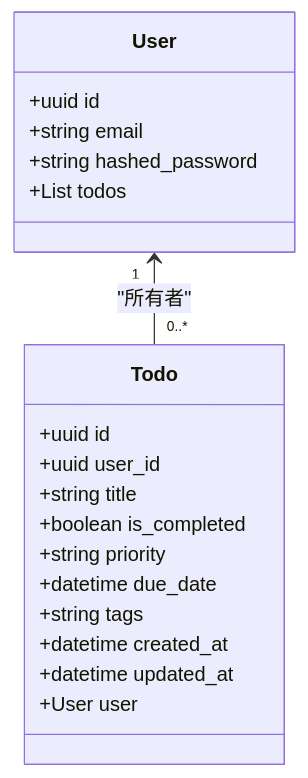
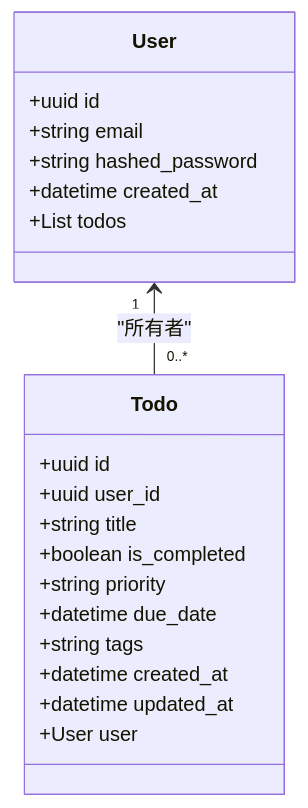
The fourth of 6 diagrams in .qoder/repowiki/ja/content/データベース設計/データベーススキーマ.md (ss8806/Todos), drawn with Mermaid before and after one commit. The commit also changed other lines of this file and 38 other files, not shown here.

````diff
--- a/.qoder/repowiki/ja/content/データベース設計/データベーススキーマ.md
+++ b/.qoder/repowiki/ja/content/データベース設計/データベーススキーマ.md
@@ -185,22 +190,23 @@
 ```mermaid
 classDiagram
 class User {
 +uuid id
 +string email
 +string hashed_password
++datetime created_at
 +List<Todo> todos
 }
 class Todo {
 +uuid id
 +uuid user_id
 +string title
 +boolean is_completed
 +string priority
 +datetime due_date
 +string tags
 +datetime created_at
 +datetime updated_at
 +User user
 }
 User "1" <-- "0..*" Todo : "所有者"
 ```
````
